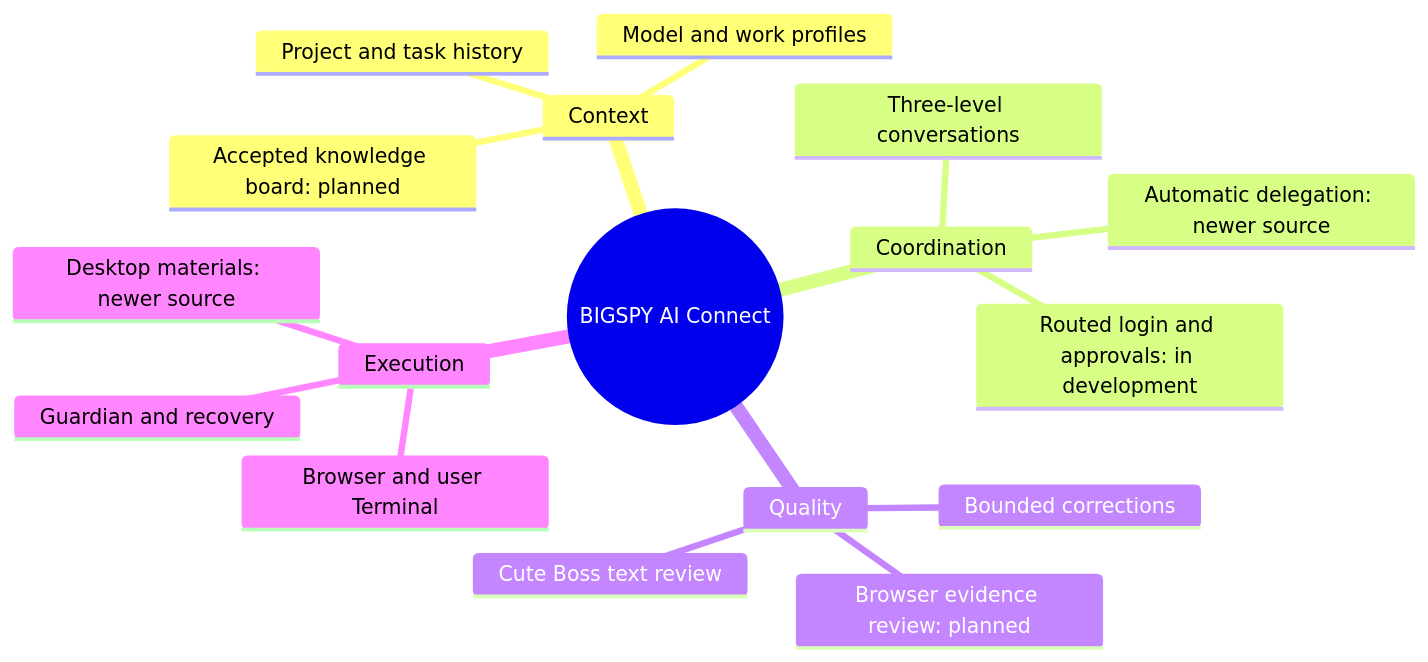
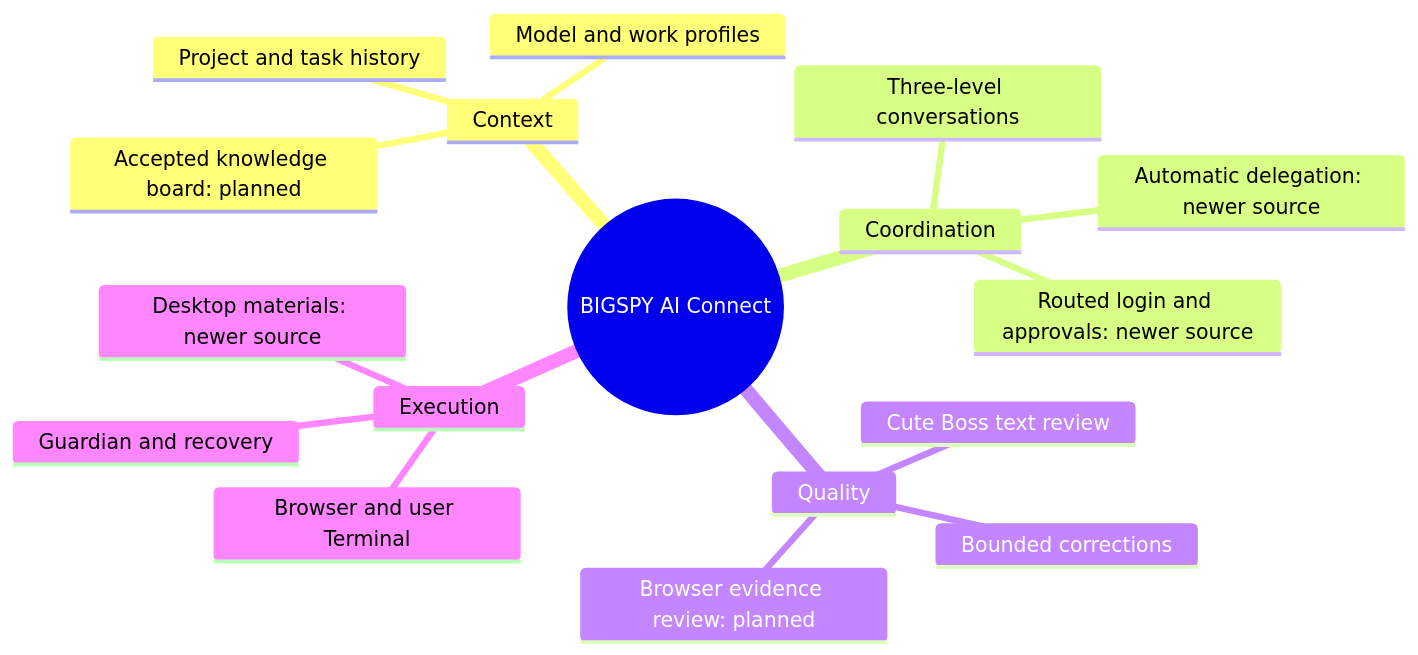
The second of 2 diagrams in README.md (bentarofficial/bigspy-ai-connect-release), drawn with Mermaid before and after one commit. The commit also changed other lines of this file, not shown here.

First line of the commit message:
docs: reflect latest source browser and Telegram attachment implementation

```diff
--- a/README.md
+++ b/README.md
@@ -159,20 +163,20 @@
 ~~~mermaid
 mindmap
   root((BIGSPY AI Connect))
     Context
       Project and task history
       Model and work profiles
       Accepted knowledge board: planned
     Coordination
       Three-level conversations
       Automatic delegation: newer source
-      Routed login and approvals: in development
+      Routed login and approvals: newer source
     Quality
       Cute Boss text review
       Bounded corrections
       Browser evidence review: planned
     Execution
       Browser and user Terminal
       Desktop materials: newer source
       Guardian and recovery
 ~~~
```
